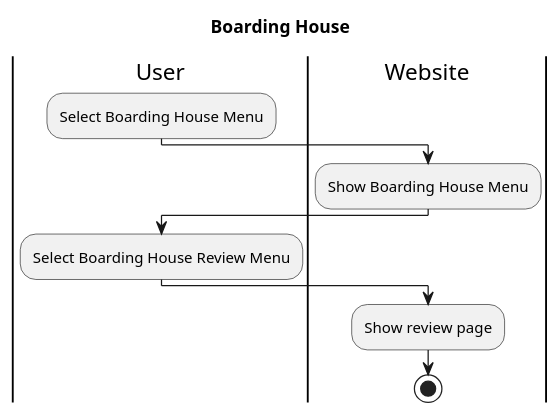
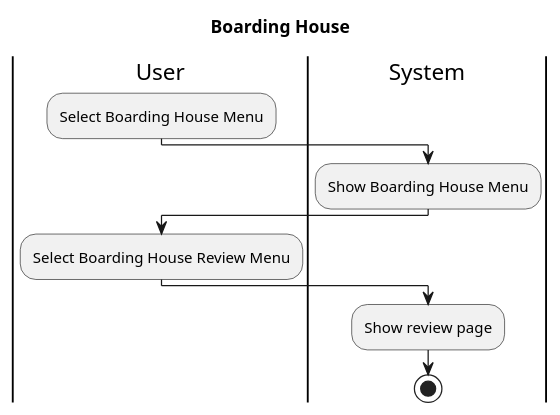
One commit to AntWort21/BHFMS changed the diagram in Design/BHFMS_ACTIVITY/View Review.puml. Above: the diagram before and after it, drawn with PlantUML. The commit also changed 9 other files, not shown here.

Commit message:
separated wishlist -> add to wishlist and view wishlist, changed all website to system

```diff
--- a/Design/BHFMS_ACTIVITY/View Review.puml
+++ b/Design/BHFMS_ACTIVITY/View Review.puml
@@ -1,15 +1,15 @@
 @startuml
 title Boarding House
 |User|
     :Select Boarding House Menu;
     
-|Website|
+|System|
     :Show Boarding House Menu;
 
 |User|
     :Select Boarding House Review Menu;
 
-|Website|
+|System|
     :Show review page;
     stop
 @enduml
```
